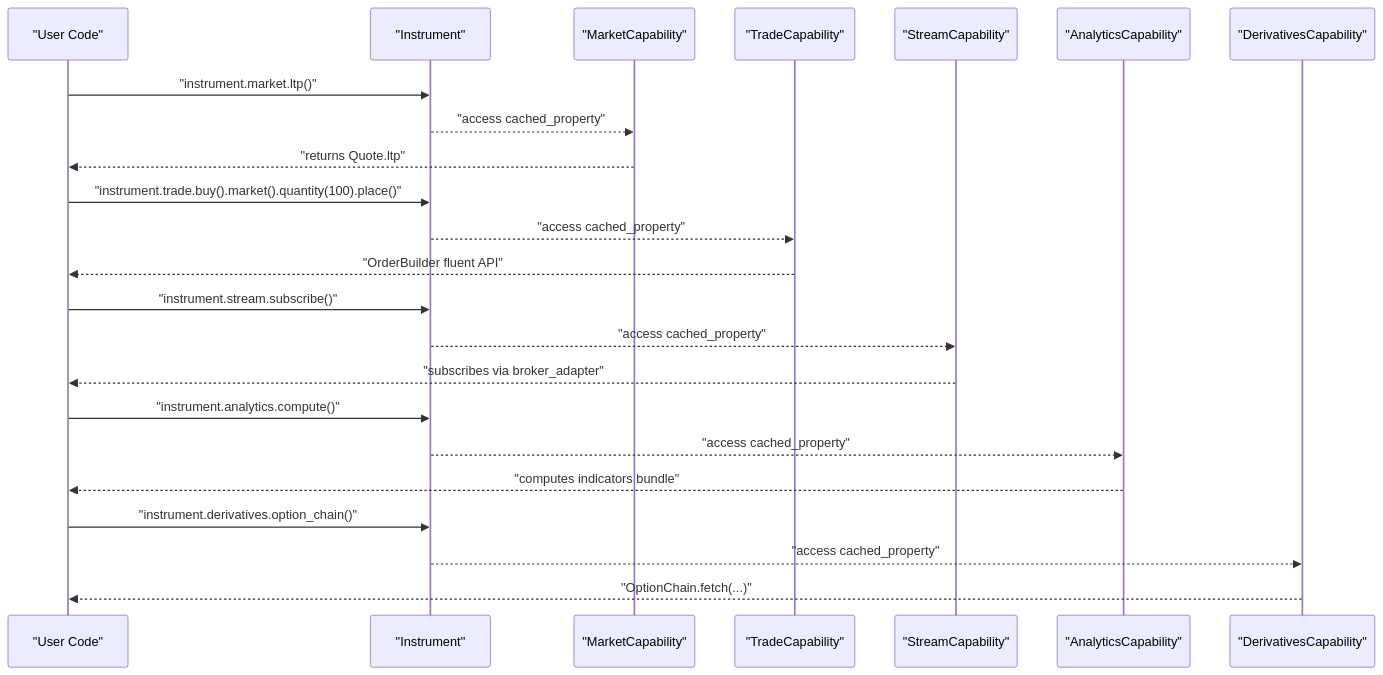
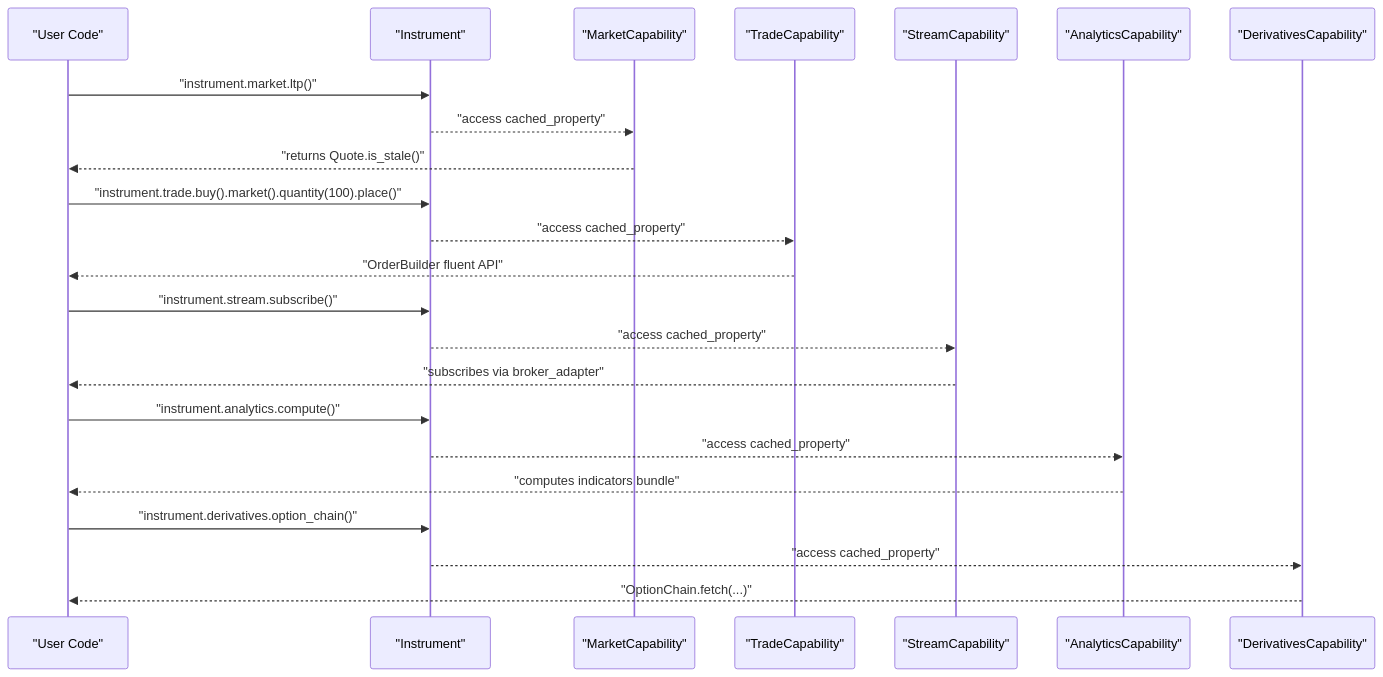
Before and after one commit to Ganesh-Kusundal/nTrade: the sixth of 7 diagrams in .qoder/repowiki/en/content/Domain Model/Instruments/Instruments.md, drawn with Mermaid. The commit also changed other lines of this file and 2201 other files, not shown here.

Commit message:
Integrate completeness: live runner hardening, broker adapter layers, rate-limiting infrastructure, data pipeline (parquet OHLCV + ingestion scripts), contract testing framework, options analytics, and updated architecture/knowledge docs

````diff
--- a/.qoder/repowiki/en/content/Domain Model/Instruments/Instruments.md
+++ b/.qoder/repowiki/en/content/Domain Model/Instruments/Instruments.md
@@ -444,25 +452,25 @@
 ```mermaid
 sequenceDiagram
 participant User as "User Code"
 participant Inst as "Instrument"
 participant Market as "MarketCapability"
 participant Trade as "TradeCapability"
 participant Stream as "StreamCapability"
 participant Analytics as "AnalyticsCapability"
 participant Derivs as "DerivativesCapability"
 User->>Inst : "instrument.market.ltp()"
 Inst-->>Market : "access cached_property"
-Market-->>User : "returns Quote.ltp"
+Market-->>User : "returns Quote.is_stale()"
 User->>Inst : "instrument.trade.buy().market().quantity(100).place()"
 Inst-->>Trade : "access cached_property"
 Trade-->>User : "OrderBuilder fluent API"
 User->>Inst : "instrument.stream.subscribe()"
 Inst-->>Stream : "access cached_property"
 Stream-->>User : "subscribes via broker_adapter"
 User->>Inst : "instrument.analytics.compute()"
 Inst-->>Analytics : "access cached_property"
 Analytics-->>User : "computes indicators bundle"
 User->>Inst : "instrument.derivatives.option_chain()"
 Inst-->>Derivs : "access cached_property"
 Derivs-->>User : "OptionChain.fetch(...)"
 ```
````
